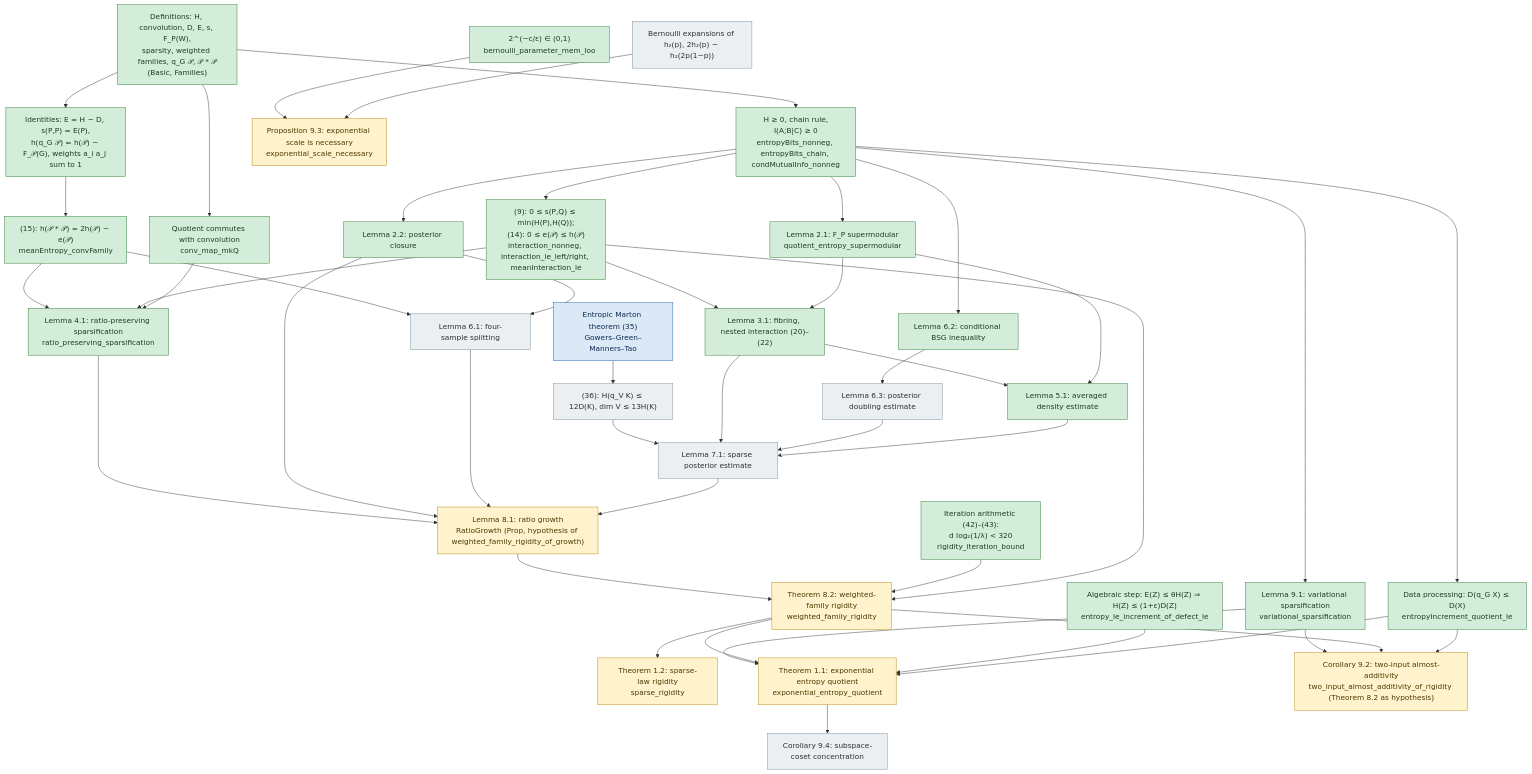
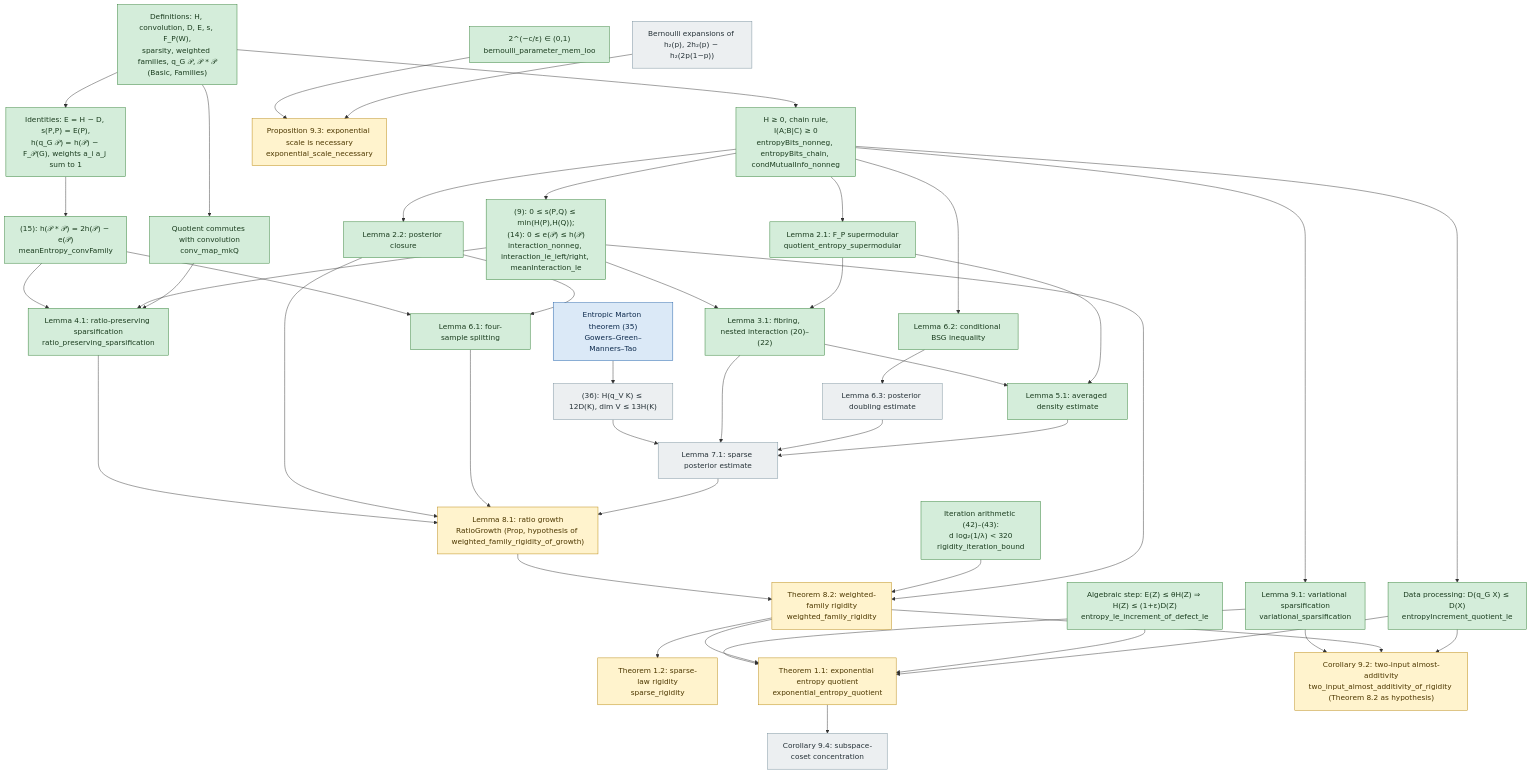
Before and after one commit to JosiahPark/entropy-quotients-lean: the diagram in docs/DEPENDENCIES.md, drawn with Mermaid.

Commit message:
formalize: D6c3b mark L61 (Lemma 6.1) proved in DEPENDENCIES (CI green at 71dc6e3)

```diff
--- a/docs/DEPENDENCIES.md
+++ b/docs/DEPENDENCIES.md
@@ -37,7 +37,7 @@
   L31["Lemma 3.1: fibring, nested interaction (20)–(22)"]:::proved
   L41["Lemma 4.1: ratio-preserving sparsification<br/>ratio_preserving_sparsification"]:::proved
   L51["Lemma 5.1: averaged density estimate"]:::proved
-  L61["Lemma 6.1: four-sample splitting"]:::missing
+  L61["Lemma 6.1: four-sample splitting"]:::proved
   L62["Lemma 6.2: conditional BSG inequality"]:::proved
   L63["Lemma 6.3: posterior doubling estimate"]:::missing
   MAR["Entropic Marton theorem (35)<br/>Gowers–Green–Manners–Tao"]:::external
```
